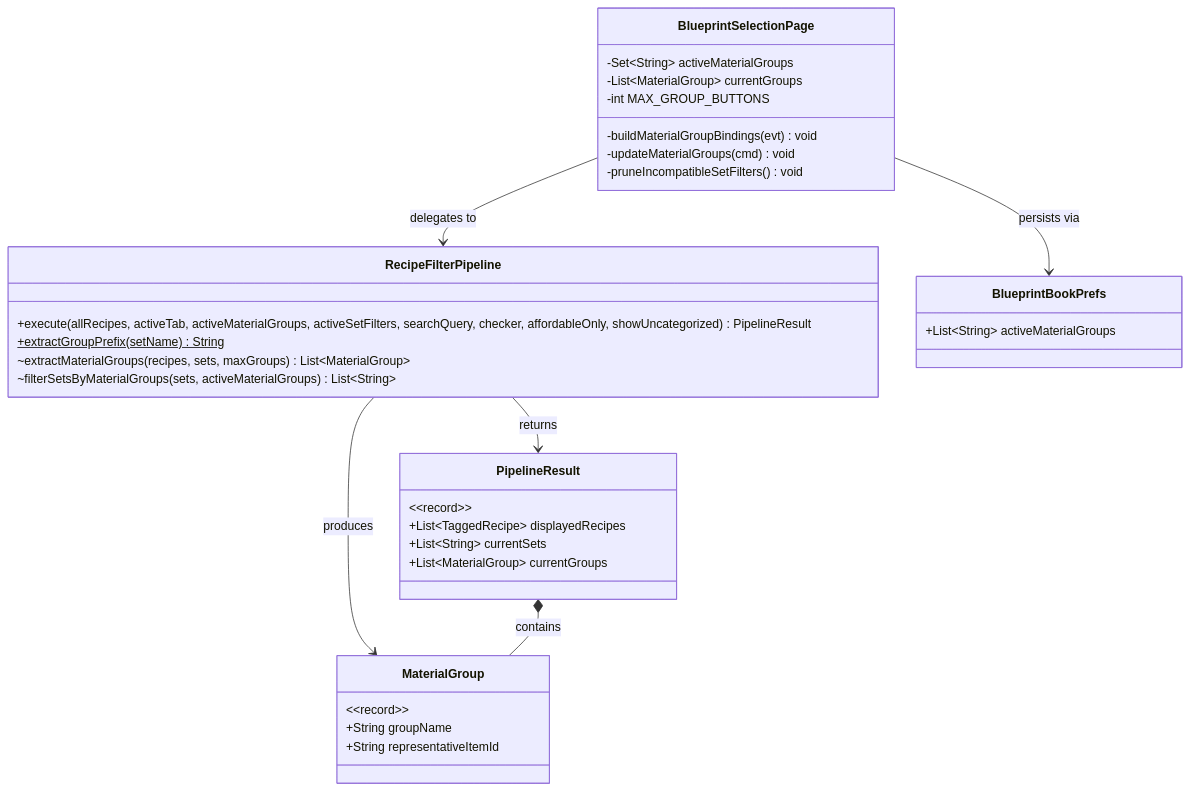
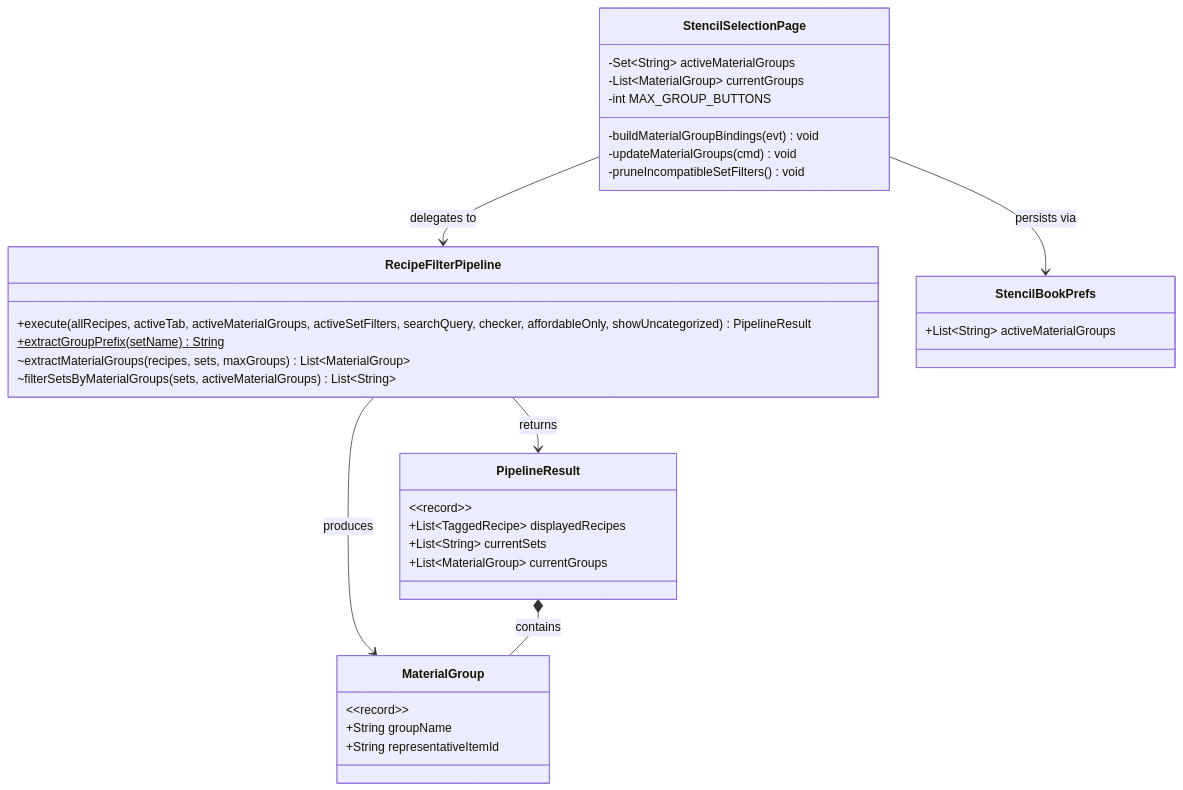
The first of 3 diagrams in docs/Plans/design-material-group-pre-filter.md (TheCodeCreature/Hytale-Example-Plugin), drawn with Mermaid before and after one commit. The commit also changed other lines of this file and 289 other files, not shown here.

````diff
--- a/docs/Plans/design-material-group-pre-filter.md
+++ b/docs/Plans/design-material-group-pre-filter.md
@@ -19,41 +19,41 @@
 ```mermaid
 classDiagram
     class RecipeFilterPipeline {
         +execute(allRecipes, activeTab, activeMaterialGroups, activeSetFilters, searchQuery, checker, affordableOnly, showUncategorized) PipelineResult
         +extractGroupPrefix(setName)$ String
         ~extractMaterialGroups(recipes, sets, maxGroups) List~MaterialGroup~
         ~filterSetsByMaterialGroups(sets, activeMaterialGroups) List~String~
     }
 
     class MaterialGroup {
         &lt;&lt;record&gt;&gt;
         +String groupName
         +String representativeItemId
     }
 
     class PipelineResult {
         &lt;&lt;record&gt;&gt;
         +List~TaggedRecipe~ displayedRecipes
         +List~String~ currentSets
         +List~MaterialGroup~ currentGroups
     }
 
-    class BlueprintSelectionPage {
+    class StencilSelectionPage {
         -Set~String~ activeMaterialGroups
         -List~MaterialGroup~ currentGroups
         -int MAX_GROUP_BUTTONS
         -buildMaterialGroupBindings(evt) void
         -updateMaterialGroups(cmd) void
         -pruneIncompatibleSetFilters() void
     }
 
-    class BlueprintBookPrefs {
+    class StencilBookPrefs {
         +List~String~ activeMaterialGroups
     }
 
     RecipeFilterPipeline --> MaterialGroup : produces
     RecipeFilterPipeline --> PipelineResult : returns
     PipelineResult *-- MaterialGroup : contains
-    BlueprintSelectionPage --> RecipeFilterPipeline : delegates to
-    BlueprintSelectionPage --> BlueprintBookPrefs : persists via
+    StencilSelectionPage --> RecipeFilterPipeline : delegates to
+    StencilSelectionPage --> StencilBookPrefs : persists via
 ```
````
